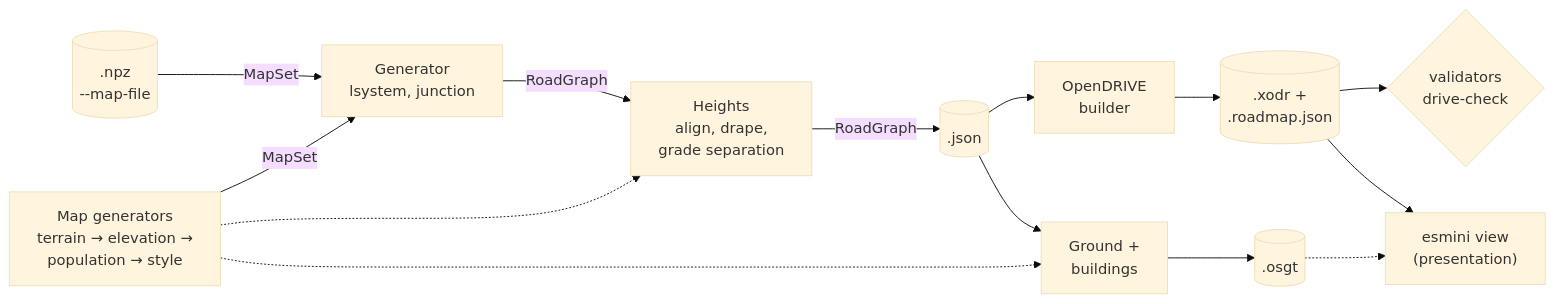
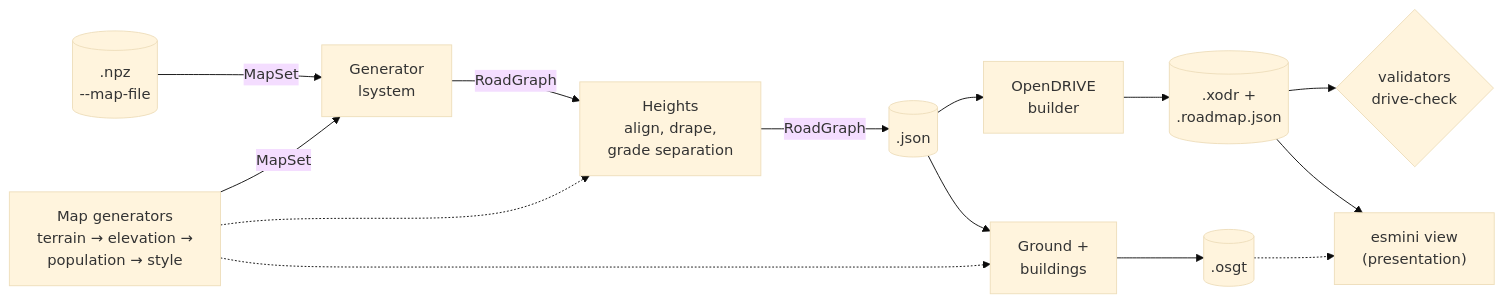
The diagram in docs/architecture.md (Cydonia01/Procedural-Road-Network-Generation), drawn with Mermaid (base theme) before and after one commit. The commit also changed 1 other file, not shown here.

````diff
--- a/docs/architecture.md
+++ b/docs/architecture.md
@@ -9,15 +9,15 @@
 ```mermaid
 flowchart LR
     MP["Map generators<br/>terrain → elevation →<br/>population → style"] -->|MapSet| G
     MF[(".npz<br/>--map-file")] -->|MapSet| G
-    G["Generator<br/>lsystem, junction"] -->|RoadGraph| H["Heights<br/>align, drape,<br/>grade separation"]
+    G["Generator<br/>lsystem"] -->|RoadGraph| H["Heights<br/>align, drape,<br/>grade separation"]
     MP -.-> H
     H -->|RoadGraph| J[(".json")]
     J --> B["OpenDRIVE<br/>builder"]
     B --> X[(".xodr +<br/>.roadmap.json")]
     X --> V{"validators<br/>drive-check"}
     J --> SC["Ground +<br/>buildings"] --> OS[(".osgt")]
     MP -.-> SC
     X --> E["esmini view<br/>(presentation)"]
     OS -.-> E
 ```
````
